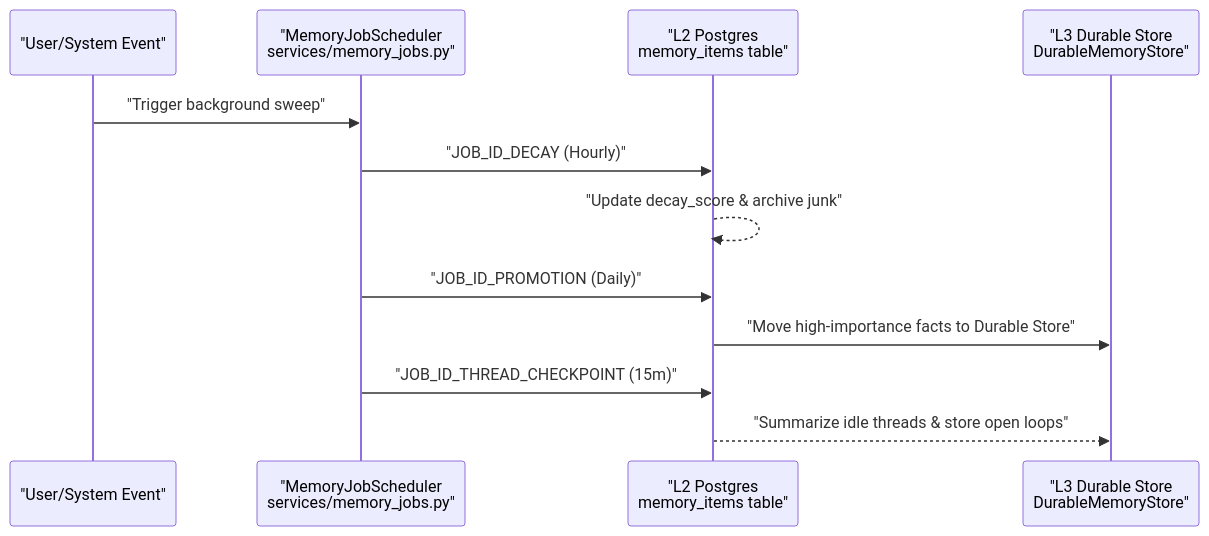
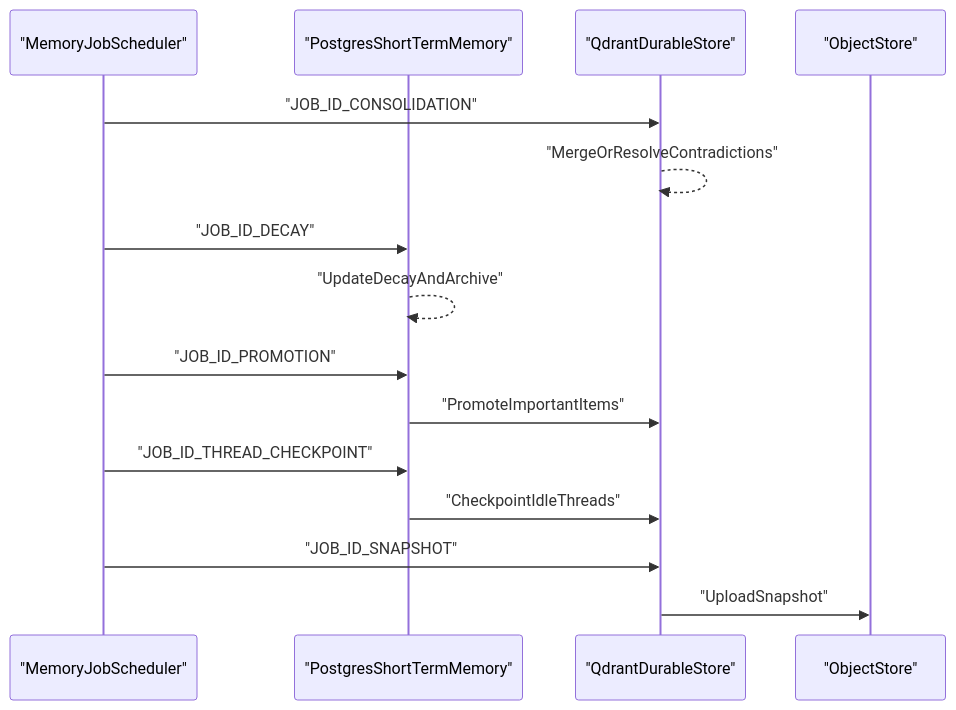
One commit to AutomatosAI/automatos-ai changed the fourth of 4 diagrams in docs/memory-system/daily-logs-temporal-memory.md. Above: the diagram before and after it, drawn with Mermaid. The commit also changed other lines of this file and 188 other files, not shown here.

First line of the commit message:
docs: refresh architecture docs and add coverage for new subsystems (#1416)

````diff
--- a/docs/memory-system/daily-logs-temporal-memory.md
+++ b/docs/memory-system/daily-logs-temporal-memory.md
@@ -126,17 +225,22 @@
 ```mermaid
 sequenceDiagram
-    participant NL as "User/System Event"
-    participant Sched as "MemoryJobScheduler<br/>services/memory_jobs.py"
-    participant L2 as "L2 Postgres<br/>memory_items table"
-    participant L3 as "L3 Durable Store<br/>DurableMemoryStore"
+    participant Sched as "MemoryJobScheduler"
+    participant L2 as "PostgresShortTermMemory"
+    participant L3 as "QdrantDurableStore"
+    participant ObjectStore as "ObjectStore"
     
-    NL->>Sched: "Trigger background sweep"
-    Sched->>L2: "JOB_ID_DECAY (Hourly)"
-    L2-->>L2: "Update decay_score & archive junk"
+    Sched->>L3: "JOB_ID_CONSOLIDATION"
+    L3-->>L3: "MergeOrResolveContradictions"
     
-    Sched->>L2: "JOB_ID_PROMOTION (Daily)"
-    L2->>L3: "Move high-importance facts to Durable Store"
+    Sched->>L2: "JOB_ID_DECAY"
+    L2-->>L2: "UpdateDecayAndArchive"
     
-    Sched->>L2: "JOB_ID_THREAD_CHECKPOINT (15m)"
-    L2-->>L3: "Summarize idle threads & store open loops"
+    Sched->>L2: "JOB_ID_PROMOTION"
+    L2->>L3: "PromoteImportantItems"
+    
+    Sched->>L2: "JOB_ID_THREAD_CHECKPOINT"
+    L2->>L3: "CheckpointIdleThreads"
+
+    Sched->>L3: "JOB_ID_SNAPSHOT"
+    L3->>ObjectStore: "UploadSnapshot"
 ```
````
